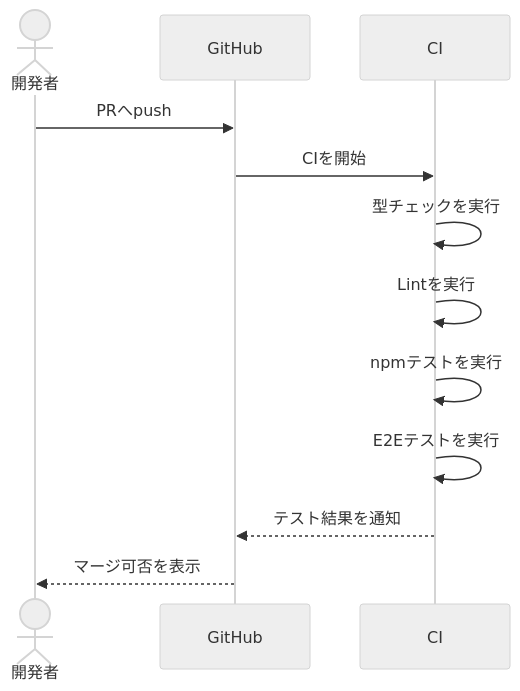
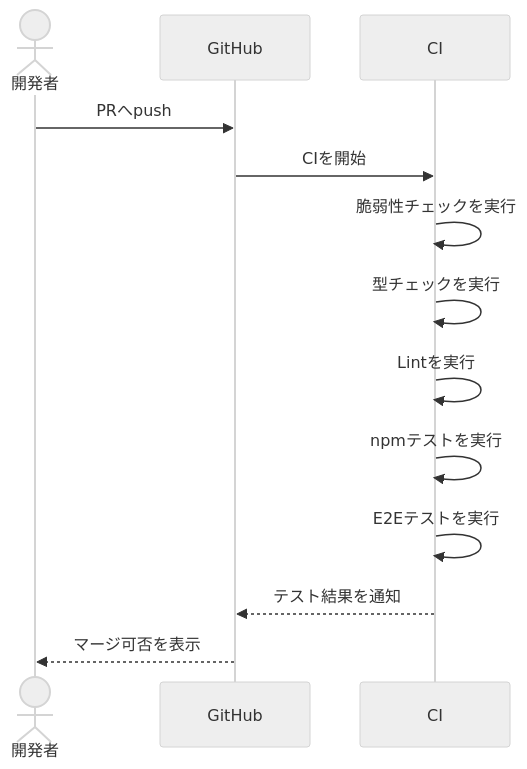
Before and after one commit to yuuya-1205/selfsketch-web: the second of 3 diagrams in docs/design/ci.md, drawn with Mermaid (neutral theme). The commit also changed other lines of this file, not shown here.

````diff
--- a/docs/design/ci.md
+++ b/docs/design/ci.md
@@ -30,15 +32,16 @@
 ```mermaid
 sequenceDiagram
    actor 開発者
    participant GitHub
    participant CI
 
    開発者->>GitHub: PRへpush
    GitHub->>CI: CIを開始
+   CI->>CI: 脆弱性チェックを実行
    CI->>CI: 型チェックを実行
    CI->>CI: Lintを実行
    CI->>CI: npmテストを実行
    CI->>CI: E2Eテストを実行
    CI-->>GitHub: テスト結果を通知
    GitHub-->>開発者: マージ可否を表示
 ```
````
